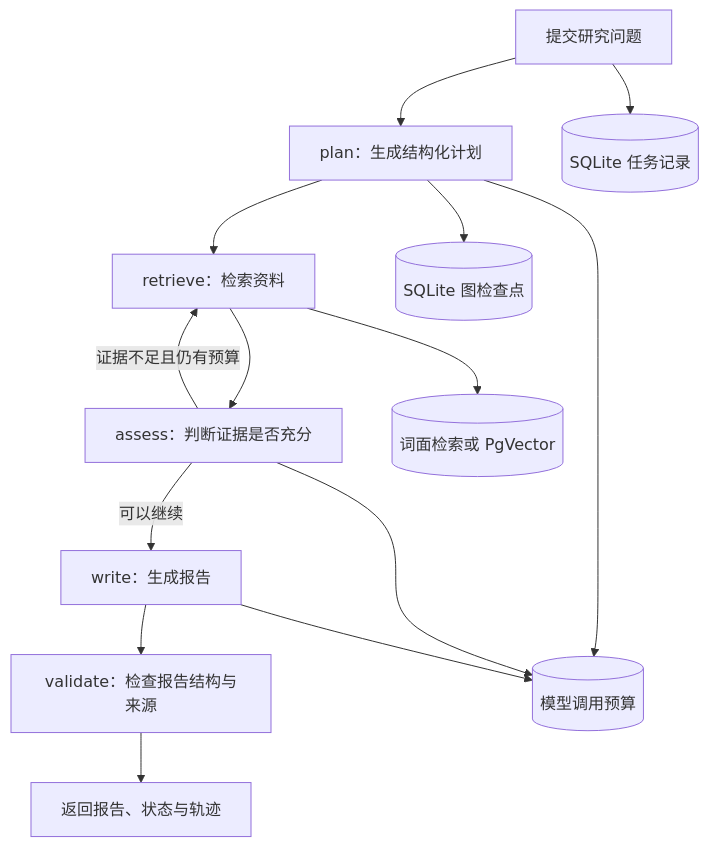
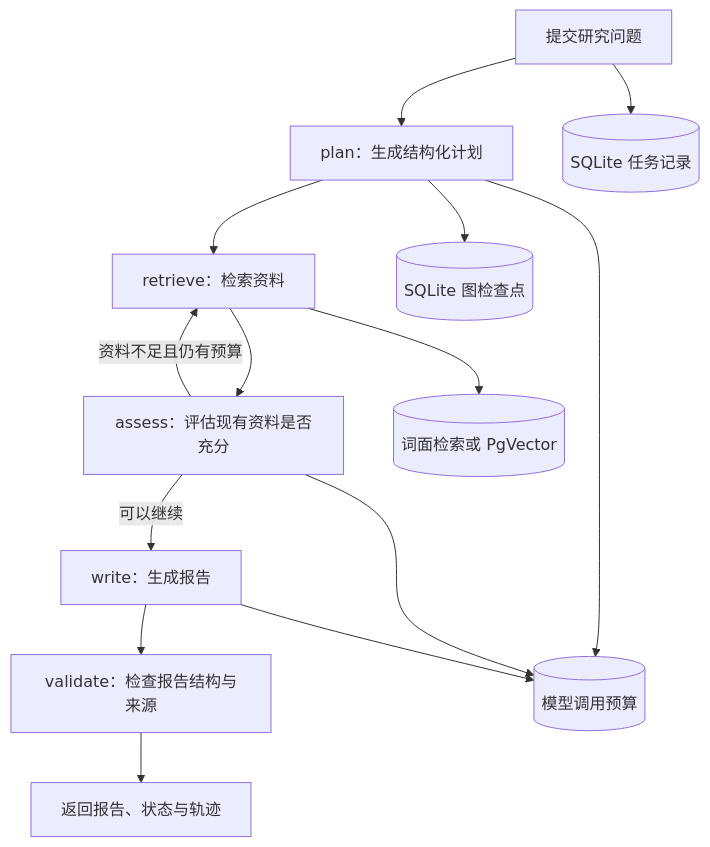
One commit to qianmu233/research-pilot changed the diagram in README.md. Above: the diagram before and after it, drawn with Mermaid. The commit also changed other lines of this file, not shown here.

````diff
--- a/README.md
+++ b/README.md
@@ -40,16 +40,16 @@
 ```mermaid
 flowchart TD
     A[提交研究问题] --> B[plan：生成结构化计划]
     B --> C[retrieve：检索资料]
-    C --> D[assess：判断证据是否充分]
-    D -->|证据不足且仍有预算| C
+    C --> D[assess：评估现有资料是否充分]
+    D -->|资料不足且仍有预算| C
     D -->|可以继续| E[write：生成报告]
     E --> F[validate：检查报告结构与来源]
     F --> G[返回报告、状态与轨迹]
     C --> H[(词面检索或 PgVector)]
     B --> I[(模型调用预算)]
     D --> I
     E --> I
     A --> J[(SQLite 任务记录)]
     B --> K[(SQLite 图检查点)]
 ```
````
